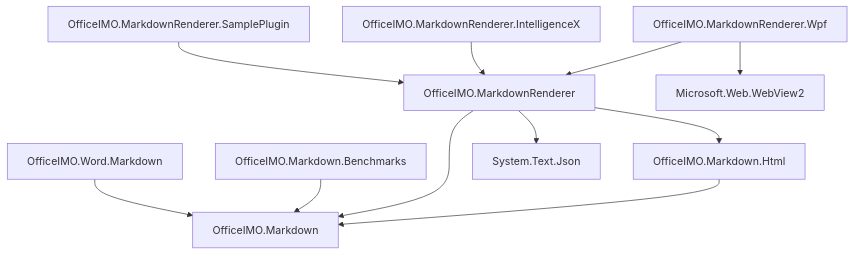
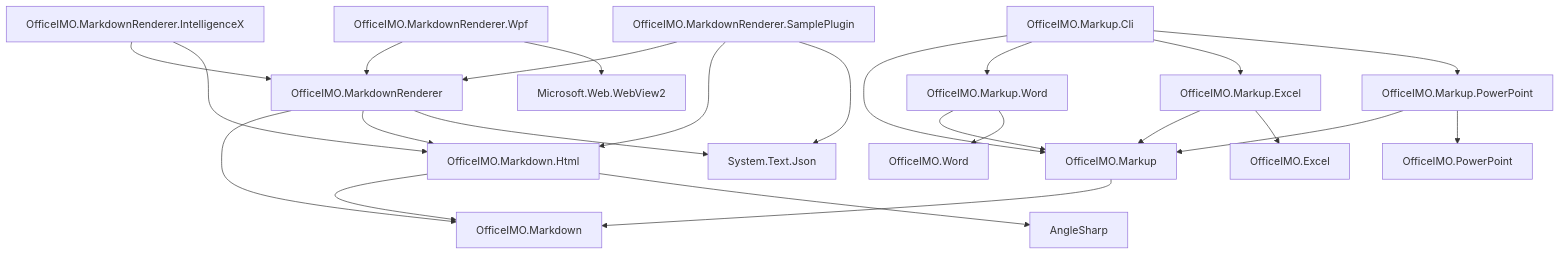
Before and after one commit to EvotecIT/OfficeIMO: the third of 4 diagrams in README.md, drawn with Mermaid. The commit also changed other lines of this file and 72 other files, not shown here.

````diff
--- a/README.md
+++ b/README.md
@@ -150,24 +238,44 @@
 ```mermaid
 flowchart TB
-  Md["OfficeIMO.Markdown"]
-  MdHtml["OfficeIMO.Markdown.Html"]
-  MdRenderer["OfficeIMO.MarkdownRenderer"]
-  MdRendererWpf["OfficeIMO.MarkdownRenderer.Wpf"]
-  MdRendererIx["OfficeIMO.MarkdownRenderer.IntelligenceX"]
-  MdRendererSample["OfficeIMO.MarkdownRenderer.SamplePlugin"]
-  MdBench["OfficeIMO.Markdown.Benchmarks"]
-  WordMd["OfficeIMO.Word.Markdown"]
+  Markdown["OfficeIMO.Markdown"]
+  MarkdownHtml["OfficeIMO.Markdown.Html"]
+  Renderer["OfficeIMO.MarkdownRenderer"]
+  RendererWpf["OfficeIMO.MarkdownRenderer.Wpf"]
+  RendererIx["OfficeIMO.MarkdownRenderer.IntelligenceX"]
+  RendererSample["OfficeIMO.MarkdownRenderer.SamplePlugin"]
+  Markup["OfficeIMO.Markup"]
+  MarkupWord["OfficeIMO.Markup.Word"]
+  MarkupExcel["OfficeIMO.Markup.Excel"]
+  MarkupPowerPoint["OfficeIMO.Markup.PowerPoint"]
+  MarkupCli["OfficeIMO.Markup.Cli"]
+  Word["OfficeIMO.Word"]
+  Excel["OfficeIMO.Excel"]
+  PowerPoint["OfficeIMO.PowerPoint"]
+  Angle["AngleSharp"]
   Json["System.Text.Json"]
   WebView2["Microsoft.Web.WebView2"]
 
-  MdHtml --> Md
-  MdRenderer --> Md
-  MdRenderer --> MdHtml
-  MdRendererWpf --> MdRenderer
-  MdRendererWpf --> WebView2
-  MdRendererIx --> MdRenderer
-  MdRendererSample --> MdRenderer
-  MdRenderer --> Json
-  MdBench --> Md
-  WordMd --> Md
+  MarkdownHtml --> Markdown
+  MarkdownHtml --> Angle
+  Renderer --> Markdown
+  Renderer --> MarkdownHtml
+  Renderer --> Json
+  RendererWpf --> Renderer
+  RendererWpf --> WebView2
+  RendererIx --> Renderer
+  RendererIx --> MarkdownHtml
+  RendererSample --> Renderer
+  RendererSample --> MarkdownHtml
+  RendererSample --> Json
+  Markup --> Markdown
+  MarkupWord --> Markup
+  MarkupWord --> Word
+  MarkupExcel --> Markup
+  MarkupExcel --> Excel
+  MarkupPowerPoint --> Markup
+  MarkupPowerPoint --> PowerPoint
+  MarkupCli --> Markup
+  MarkupCli --> MarkupWord
+  MarkupCli --> MarkupExcel
+  MarkupCli --> MarkupPowerPoint
 ```
````
